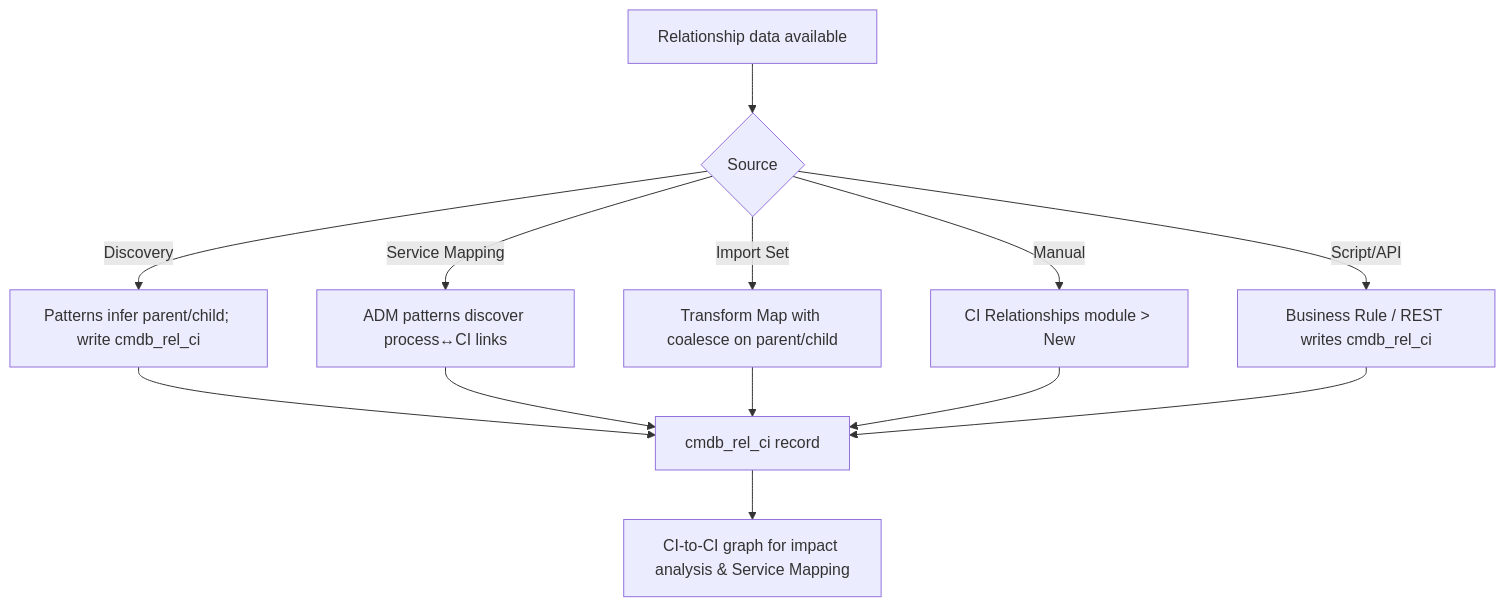
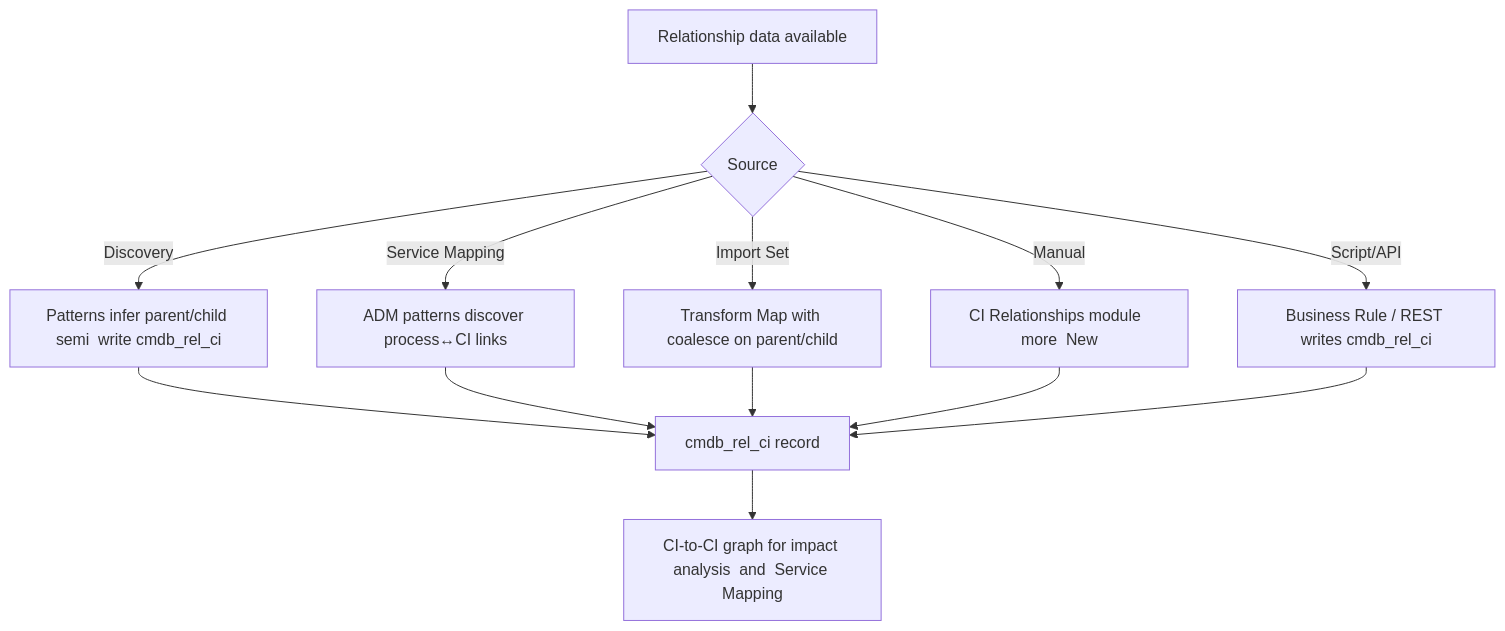
Before and after one commit to eltonaguiar/ServiceNow_Learning_TSOM-_CSM_FSM_SalesCRM_HAM_ITSM: diagram 18 of 22 in docs/modules/cmdb/cmdb-guide.md, drawn with Mermaid. The commit also changed other lines of this file and 19 other files, not shown here.

Commit message:
Fix all Mermaid diagram special characters - replace dollar, parens, slashes, quotes, pipes, nested brackets and other unsafe chars inside brackets with safe alternatives across 19 files

````diff
--- a/docs/modules/cmdb/cmdb-guide.md
+++ b/docs/modules/cmdb/cmdb-guide.md
@@ -2131,16 +2131,16 @@
 ```mermaid
 flowchart TD
     A[Relationship data available] --> B{Source}
-    B -->|Discovery| C[Patterns infer parent/child; write cmdb_rel_ci]
+    B -->|Discovery| C[Patterns infer parent/child semi  write cmdb_rel_ci]
     B -->|Service Mapping| D[ADM patterns discover process↔CI links]
     B -->|Import Set| E[Transform Map with coalesce on parent/child]
-    B -->|Manual| F[CI Relationships module > New]
+    B -->|Manual| F[CI Relationships module  more  New]
     B -->|Script/API| G[Business Rule / REST writes cmdb_rel_ci]
     C --> H[cmdb_rel_ci record]
     D --> H
     E --> H
     F --> H
     G --> H
-    H --> I[CI-to-CI graph for impact analysis & Service Mapping]
+    H --> I[CI-to-CI graph for impact analysis  and  Service Mapping]
 
 ```
````
